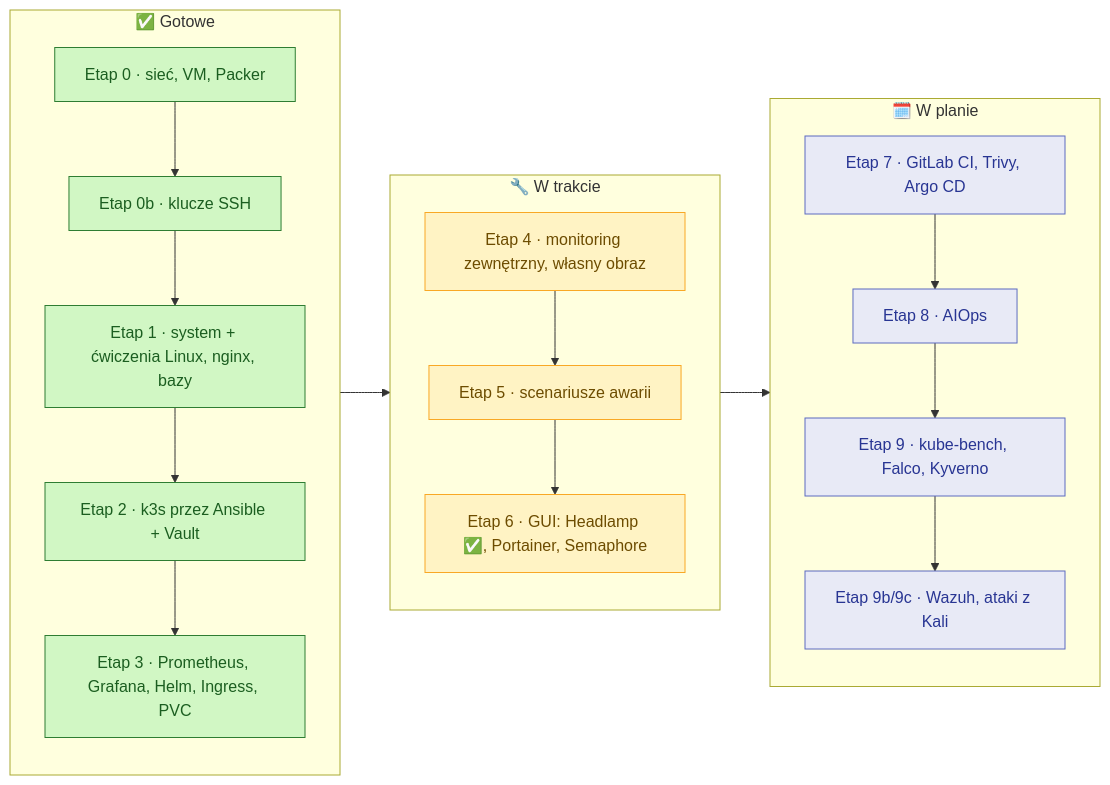
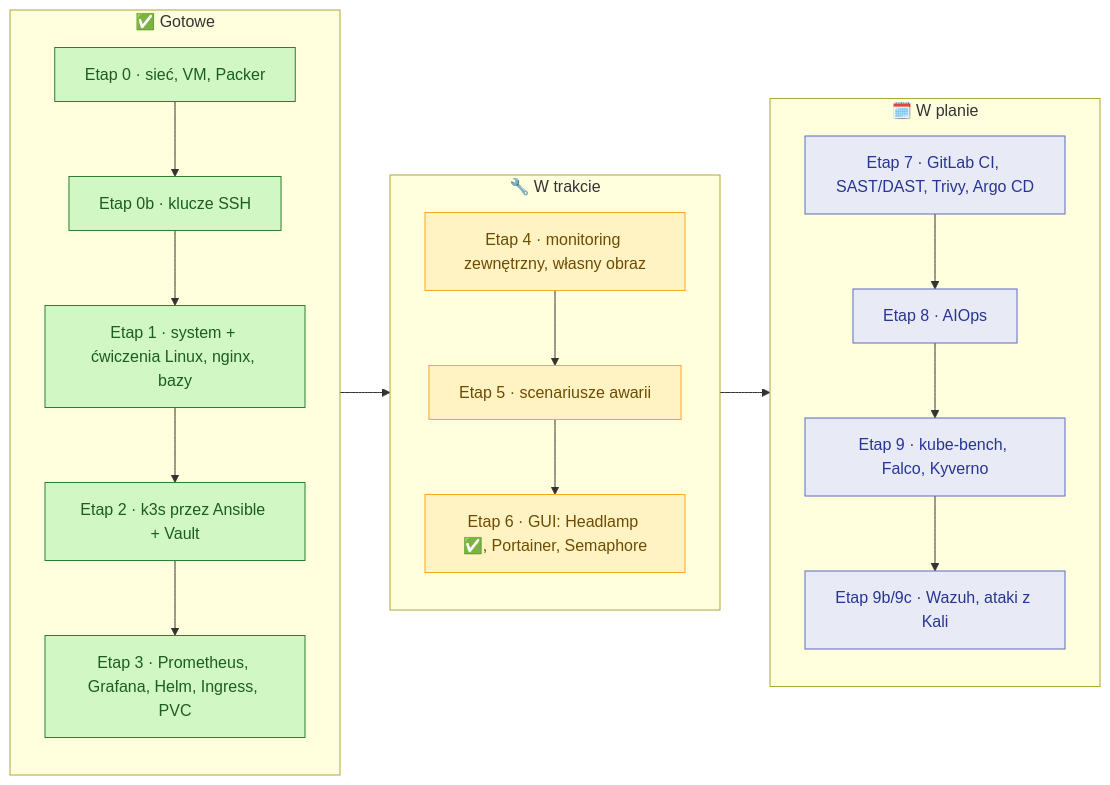
Before and after one commit to programmingbygrzegorz/k3s-monitoring-lab: the second of 2 diagrams in README.md, drawn with Mermaid. The commit also changed other lines of this file and 2 other files, not shown here.

Commit message:
Plan: Etap 7b – AppSec w pipeline (gitleaks, Semgrep, Trivy, ZAP, Juice Shop, model zagrożeń)

````diff
--- a/README.md
+++ b/README.md
@@ -86,29 +86,29 @@
 ```mermaid
 flowchart LR
     subgraph done["✅ Gotowe"]
         direction TB
         e0["Etap 0 · sieć, VM, Packer"] --> e0b["Etap 0b · klucze SSH"]
         e0b --> e1["Etap 1 · system + ćwiczenia Linux, nginx, bazy"]
         e1 --> e2["Etap 2 · k3s przez Ansible + Vault"]
         e2 --> e3["Etap 3 · Prometheus, Grafana, Helm, Ingress, PVC"]
     end
     subgraph wip["🔧 W trakcie"]
         direction TB
         e4["Etap 4 · monitoring zewnętrzny, własny obraz"] --> e5["Etap 5 · scenariusze awarii"]
         e5 --> e6["Etap 6 · GUI: Headlamp ✅, Portainer, Semaphore"]
     end
     subgraph plan["🗓️ W planie"]
         direction TB
-        e7["Etap 7 · GitLab CI, Trivy, Argo CD"] --> e8["Etap 8 · AIOps"]
+        e7["Etap 7 · GitLab CI, SAST/DAST, Trivy, Argo CD"] --> e8["Etap 8 · AIOps"]
         e8 --> e9["Etap 9 · kube-bench, Falco, Kyverno"]
         e9 --> e9b["Etap 9b/9c · Wazuh, ataki z Kali"]
     end
     done --> wip --> plan
 
     classDef d fill:#d1f7c4,stroke:#2e7d32,color:#1b5e20
     classDef w fill:#fff3c4,stroke:#f9a825,color:#6d4c00
     classDef p fill:#e8eaf6,stroke:#5c6bc0,color:#283593
     class e0,e0b,e1,e2,e3 d
     class e4,e5,e6 w
     class e7,e8,e9,e9b p
 ```
````
